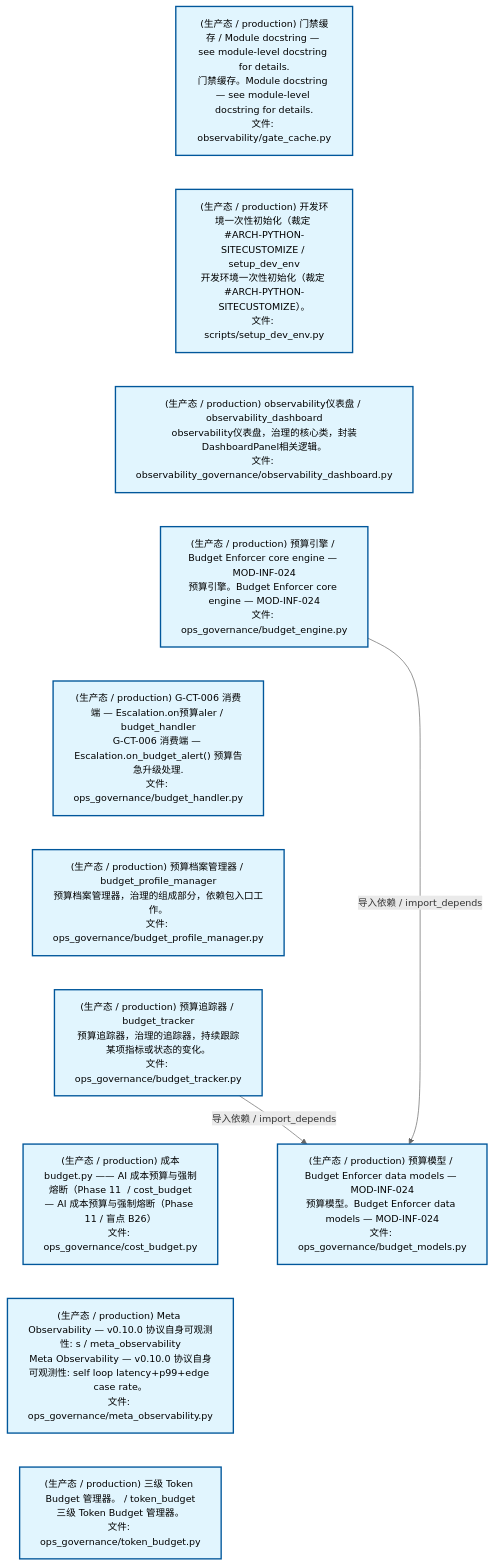
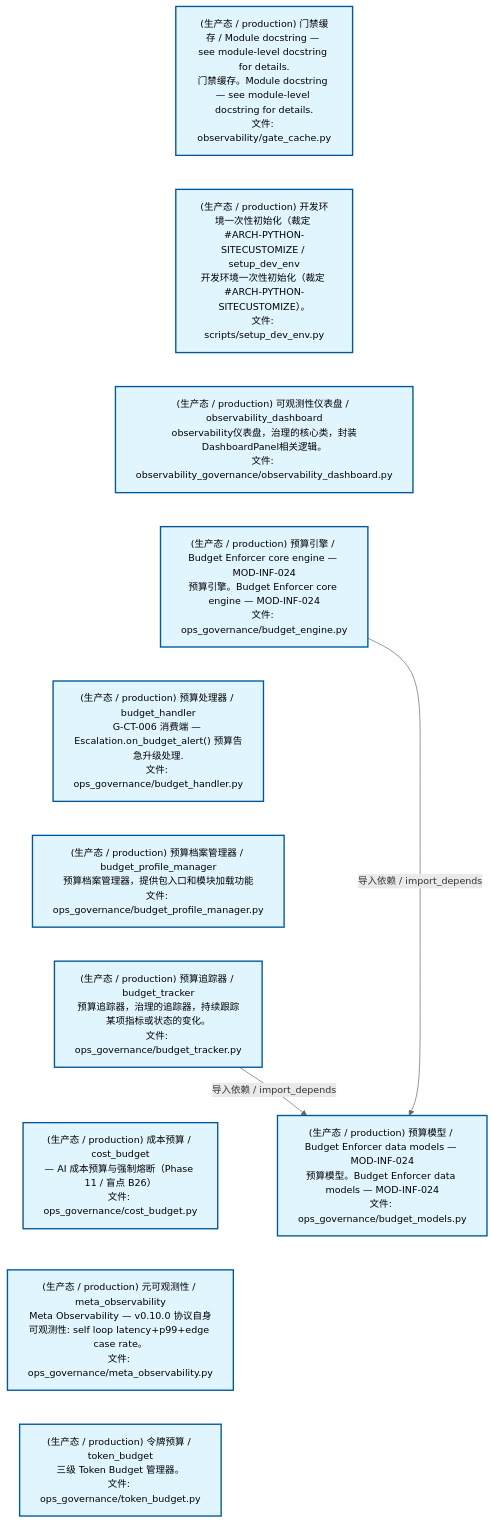
One commit to xuanFelixVan/ZephyrAlpha changed the second of 3 diagrams in docs/02_enterprise_architecture/02_domain_architecture_docs/24_d_ops.md. Above: the diagram before and after it, drawn with Mermaid. The commit also changed other lines of this file and 50 other files, not shown here.

````diff
--- a/docs/02_enterprise_architecture/02_domain_architecture_docs/24_d_ops.md
+++ b/docs/02_enterprise_architecture/02_domain_architecture_docs/24_d_ops.md
@@ -125,31 +125,31 @@
 ```mermaid
 %%{init: {'theme': 'base', 'themeVariables': {'primaryColor': '#eaeaea', 'primaryTextColor': '#333333', 'primaryBorderColor': '#666666', 'lineColor': '#666666', 'secondaryColor': '#eaeaea', 'tertiaryColor': '#eaeaea', 'fontSize': '14px'}}}%%
 flowchart TD
     scripts_governance_observability_gate_cache_py["(生产态 / production) 门禁缓存 / Module docstring — see module-level docstring for details.<br/>门禁缓存。Module docstring — see module-level docstring for details.<br/>文件: observability/gate_cache.py"]
     scripts_setup_dev_env_py["(生产态 / production) 开发环境一次性初始化（裁定 #ARCH-PYTHON-SITECUSTOMIZE / setup_dev_env<br/>开发环境一次性初始化（裁定 #ARCH-PYTHON-SITECUSTOMIZE）。<br/>文件: scripts/setup_dev_env.py"]
-    src_zephyr_governance_observability_governance_observability_dashboard_py["(生产态 / production) observability仪表盘 / observability_dashboard<br/>observability仪表盘，治理的核心类，封装DashboardPanel相关逻辑。<br/>文件: observability_governance/observability_dashboard.py"]
+    src_zephyr_governance_observability_governance_observability_dashboard_py["(生产态 / production) 可观测性仪表盘 / observability_dashboard<br/>observability仪表盘，治理的核心类，封装DashboardPanel相关逻辑。<br/>文件: observability_governance/observability_dashboard.py"]
     src_zephyr_governance_ops_governance_budget_engine_py["(生产态 / production) 预算引擎 / Budget Enforcer core engine — MOD-INF-024<br/>预算引擎。Budget Enforcer core engine — MOD-INF-024<br/>文件: ops_governance/budget_engine.py"]
-    src_zephyr_governance_ops_governance_budget_handler_py["(生产态 / production) G-CT-006 消费端 — Escalation.on预算aler / budget_handler<br/>G-CT-006 消费端 — Escalation.on_budget_alert() 预算告急升级处理.<br/>文件: ops_governance/budget_handler.py"]
-    src_zephyr_governance_ops_governance_budget_profile_manager_py["(生产态 / production) 预算档案管理器 / budget_profile_manager<br/>预算档案管理器，治理的组成部分，依赖包入口工作。<br/>文件: ops_governance/budget_profile_manager.py"]
+    src_zephyr_governance_ops_governance_budget_handler_py["(生产态 / production) 预算处理器 / budget_handler<br/>G-CT-006 消费端 — Escalation.on_budget_alert() 预算告急升级处理.<br/>文件: ops_governance/budget_handler.py"]
+    src_zephyr_governance_ops_governance_budget_profile_manager_py["(生产态 / production) 预算档案管理器 / budget_profile_manager<br/>预算档案管理器，提供包入口和模块加载功能<br/>文件: ops_governance/budget_profile_manager.py"]
     src_zephyr_governance_ops_governance_budget_tracker_py["(生产态 / production) 预算追踪器 / budget_tracker<br/>预算追踪器，治理的追踪器，持续跟踪某项指标或状态的变化。<br/>文件: ops_governance/budget_tracker.py"]
-    src_zephyr_governance_ops_governance_cost_budget_py["(生产态 / production) 成本budget.py —— AI 成本预算与强制熔断（Phase 11  / cost_budget<br/>— AI 成本预算与强制熔断（Phase 11 / 盲点 B26）<br/>文件: ops_governance/cost_budget.py"]
-    src_zephyr_governance_ops_governance_meta_observability_py["(生产态 / production) Meta Observability — v0.10.0 协议自身可观测性: s / meta_observability<br/>Meta Observability — v0.10.0 协议自身可观测性: self loop latency+p99+edge case rate。<br/>文件: ops_governance/meta_observability.py"]
-    src_zephyr_governance_ops_governance_token_budget_py["(生产态 / production) 三级 Token Budget 管理器。 / token_budget<br/>三级 Token Budget 管理器。<br/>文件: ops_governance/token_budget.py"]
+    src_zephyr_governance_ops_governance_cost_budget_py["(生产态 / production) 成本预算 / cost_budget<br/>— AI 成本预算与强制熔断（Phase 11 / 盲点 B26）<br/>文件: ops_governance/cost_budget.py"]
+    src_zephyr_governance_ops_governance_meta_observability_py["(生产态 / production) 元可观测性 / meta_observability<br/>Meta Observability — v0.10.0 协议自身可观测性: self loop latency+p99+edge case rate。<br/>文件: ops_governance/meta_observability.py"]
+    src_zephyr_governance_ops_governance_token_budget_py["(生产态 / production) 令牌预算 / token_budget<br/>三级 Token Budget 管理器。<br/>文件: ops_governance/token_budget.py"]
     scripts_governance_observability_gate_cache_py ~~~ scripts_setup_dev_env_py
     scripts_setup_dev_env_py ~~~ src_zephyr_governance_observability_governance_observability_dashboard_py
     src_zephyr_governance_observability_governance_observability_dashboard_py ~~~ src_zephyr_governance_ops_governance_budget_engine_py
     src_zephyr_governance_ops_governance_budget_engine_py ~~~ src_zephyr_governance_ops_governance_budget_handler_py
     src_zephyr_governance_ops_governance_budget_handler_py ~~~ src_zephyr_governance_ops_governance_budget_profile_manager_py
     src_zephyr_governance_ops_governance_budget_profile_manager_py ~~~ src_zephyr_governance_ops_governance_budget_tracker_py
     src_zephyr_governance_ops_governance_budget_tracker_py ~~~ src_zephyr_governance_ops_governance_cost_budget_py
     src_zephyr_governance_ops_governance_cost_budget_py ~~~ src_zephyr_governance_ops_governance_meta_observability_py
     src_zephyr_governance_ops_governance_meta_observability_py ~~~ src_zephyr_governance_ops_governance_token_budget_py
     src_zephyr_governance_ops_governance_budget_models_py["(生产态 / production) 预算模型 / Budget Enforcer data models — MOD-INF-024<br/>预算模型。Budget Enforcer data models — MOD-INF-024<br/>文件: ops_governance/budget_models.py"]
     src_zephyr_governance_ops_governance_budget_engine_py -->|导入依赖 / import_depends| src_zephyr_governance_ops_governance_budget_models_py
     src_zephyr_governance_ops_governance_budget_tracker_py -->|导入依赖 / import_depends| src_zephyr_governance_ops_governance_budget_models_py
     classDef production fill:#e1f5fe,stroke:#01579b,stroke-width:2px,color:#000
     classDef design fill:#fff3e0,stroke:#e65100,stroke-width:2px,color:#000,stroke-dasharray: 5 5
     classDef external_prod fill:#e8f4fd,stroke:#0277bd,stroke-width:1px,color:#000
     classDef external_design fill:#fff8e7,stroke:#ef6c00,stroke-width:1px,color:#000,stroke-dasharray: 5 5
     class scripts_governance_observability_gate_cache_py,scripts_setup_dev_env_py,src_zephyr_governance_observability_governance_observability_dashboard_py,src_zephyr_governance_ops_governance_budget_engine_py,src_zephyr_governance_ops_governance_budget_handler_py,src_zephyr_governance_ops_governance_budget_models_py,src_zephyr_governance_ops_governance_budget_profile_manager_py,src_zephyr_governance_ops_governance_budget_tracker_py,src_zephyr_governance_ops_governance_cost_budget_py,src_zephyr_governance_ops_governance_meta_observability_py,src_zephyr_governance_ops_governance_token_budget_py production
 ```
````
